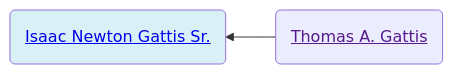
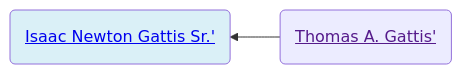
The first of 2 diagrams in familyhistory/sources/people/Gattis-line/Thomas_A._Gattis.qmd (neelsmith/avocational), drawn with Mermaid before and after one commit. The commit also changed other lines of this file and 102 other files, not shown here.

````diff
--- a/familyhistory/sources/people/Gattis-line/Thomas_A._Gattis.qmd
+++ b/familyhistory/sources/people/Gattis-line/Thomas_A._Gattis.qmd
@@ -26,10 +26,10 @@
 ```{mermaid}
 graph RL
 %% RL ancestor diagram
-Thomas_A._Gattis(<a href=''>Thomas A. Gattis</>) -->  Isaac_Newton_Gattis_Sr.(<a href='./Isaac_Newton_Gattis_Sr..html'>Isaac Newton Gattis Sr.</>)
+Thomas_A._Gattis(<a href=''>Thomas A. Gattis'</>) -->  Isaac_Newton_Gattis_Sr.(<a href='./Isaac_Newton_Gattis_Sr..html'>Isaac Newton Gattis Sr.'</>)
 class Isaac_Newton_Gattis_Sr. father
 classDef mother fill:#ffd1dc
 classDef father fill:#daf0f7  
 classDef marriage fill:#ffffff
 
 ```
````
